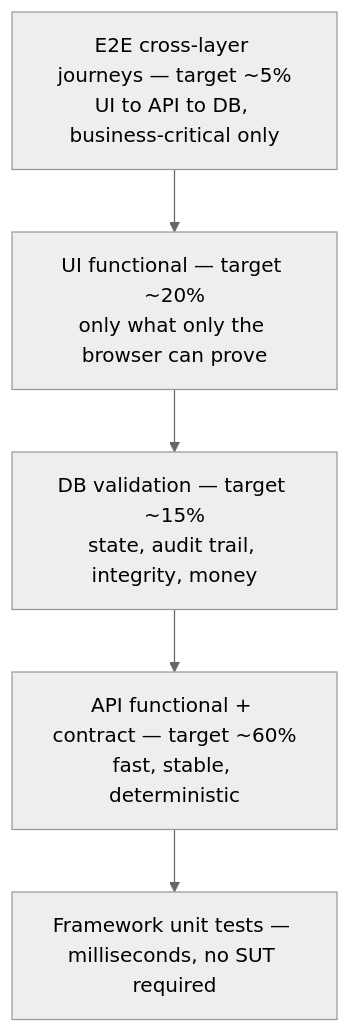
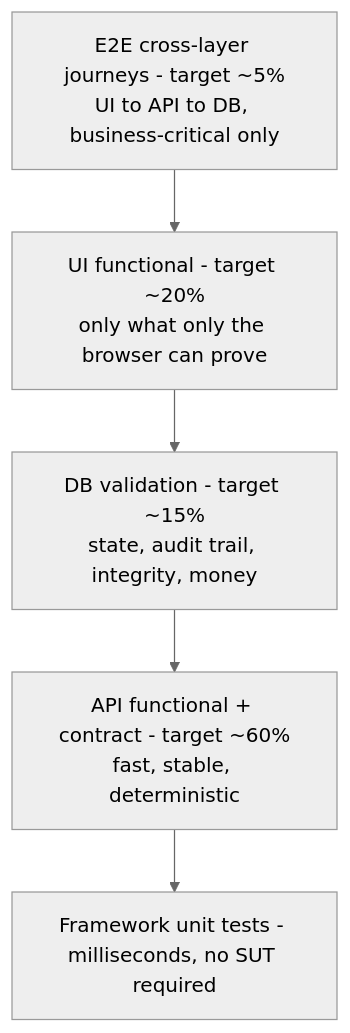
The fourth of 4 diagrams in docs/phase-1-design.md (codernik-dev/playwright-python-sdet-framework), drawn with Mermaid (neutral theme) before and after one commit. The commit also changed other lines of this file and 90 other files, not shown here.

````diff
--- a/docs/phase-1-design.md
+++ b/docs/phase-1-design.md
@@ -269,9 +269,9 @@
 ```mermaid
 flowchart TB
-    E["E2E cross-layer journeys — target ~5%<br/>UI to API to DB, business-critical only"]
-    U["UI functional — target ~20%<br/>only what only the browser can prove"]
-    D["DB validation — target ~15%<br/>state, audit trail, integrity, money"]
-    A["API functional + contract — target ~60%<br/>fast, stable, deterministic"]
-    F["Framework unit tests — milliseconds, no SUT required"]
+    E["E2E cross-layer journeys - target ~5%<br/>UI to API to DB, business-critical only"]
+    U["UI functional - target ~20%<br/>only what only the browser can prove"]
+    D["DB validation - target ~15%<br/>state, audit trail, integrity, money"]
+    A["API functional + contract - target ~60%<br/>fast, stable, deterministic"]
+    F["Framework unit tests - milliseconds, no SUT required"]
     E --> U --> D --> A --> F
 ```
````
